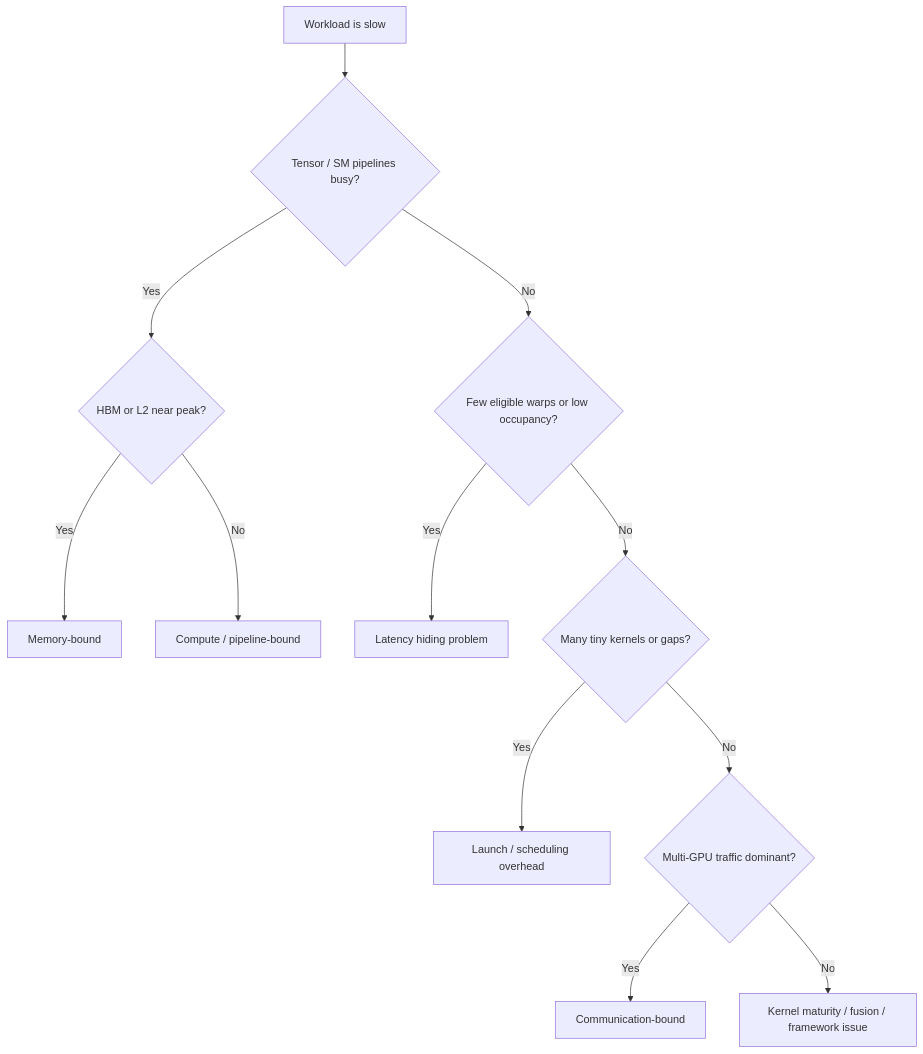
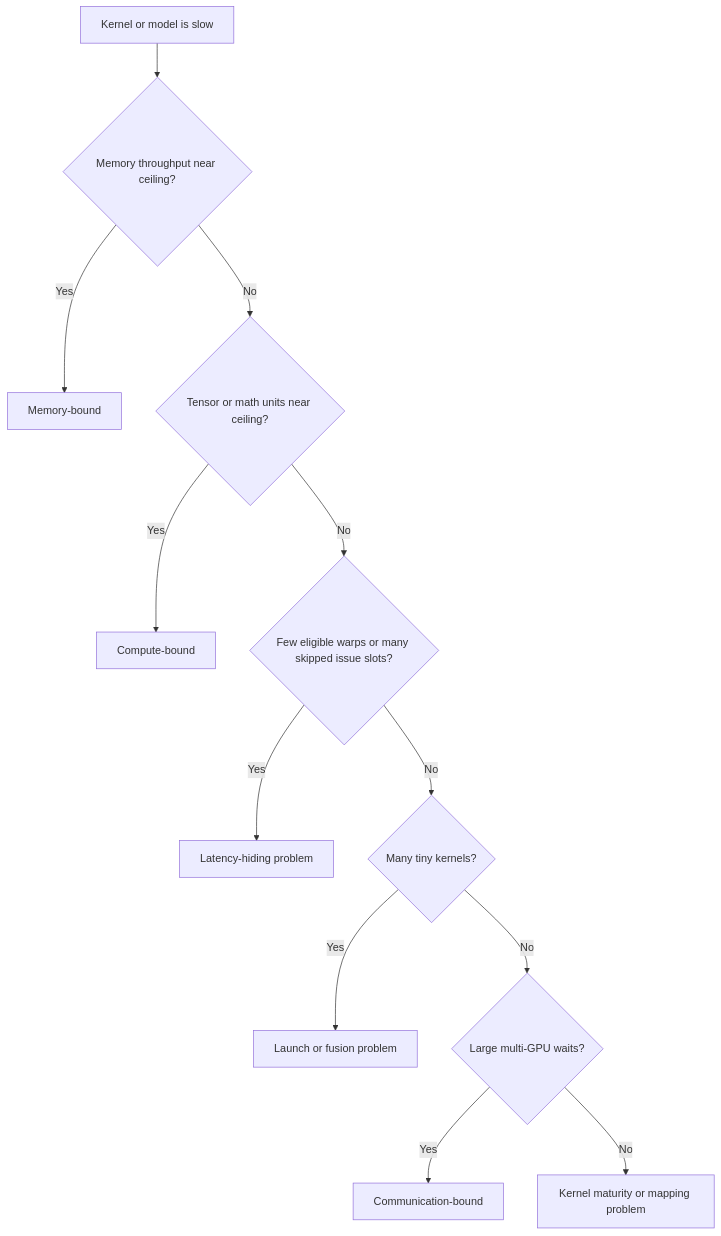
The seventh of 7 diagrams in nvidia/02_gpu_execution_model.md (nawab-ali/mlsys-prep), drawn with Mermaid before and after one commit. The commit also changed other lines of this file, not shown here.

Commit message:
Update NVIDIA GPU execution model module

````diff
--- a/nvidia/02_gpu_execution_model.md
+++ b/nvidia/02_gpu_execution_model.md
@@ -537,15 +555,14 @@
 ```mermaid
 flowchart TD
-  A[Workload is slow]
-  A --> B{Tensor / SM pipelines busy?}
-  B -- Yes --> C{HBM or L2 near peak?}
-  B -- No --> D{Few eligible warps or low occupancy?}
-  C -- Yes --> E[Memory-bound]
-  C -- No --> F[Compute / pipeline-bound]
-  D -- Yes --> G[Latency hiding problem]
-  D -- No --> H{Many tiny kernels or gaps?}
-  H -- Yes --> I[Launch / scheduling overhead]
-  H -- No --> J{Multi-GPU traffic dominant?}
-  J -- Yes --> K[Communication-bound]
-  J -- No --> L[Kernel maturity / fusion / framework issue]
+    Start[Kernel or model is slow] --> Q1{Memory throughput near ceiling?}
+    Q1 -->|Yes| MB[Memory-bound]
+    Q1 -->|No| Q2{Tensor or math units near ceiling?}
+    Q2 -->|Yes| CB[Compute-bound]
+    Q2 -->|No| Q3{Few eligible warps or many skipped issue slots?}
+    Q3 -->|Yes| LH[Latency-hiding problem]
+    Q3 -->|No| Q4{Many tiny kernels?}
+    Q4 -->|Yes| LO[Launch or fusion problem]
+    Q4 -->|No| Q5{Large multi-GPU waits?}
+    Q5 -->|Yes| COMM[Communication-bound]
+    Q5 -->|No| SW[Kernel maturity or mapping problem]
 ```
````
